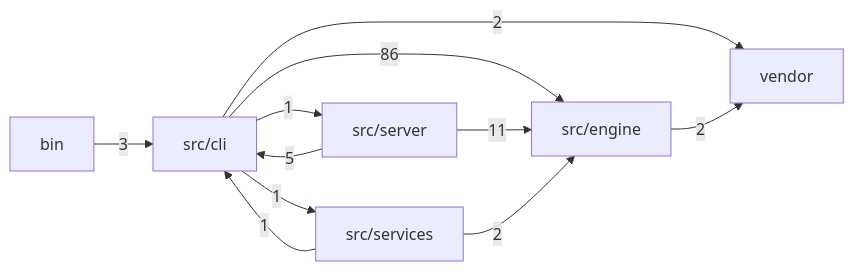
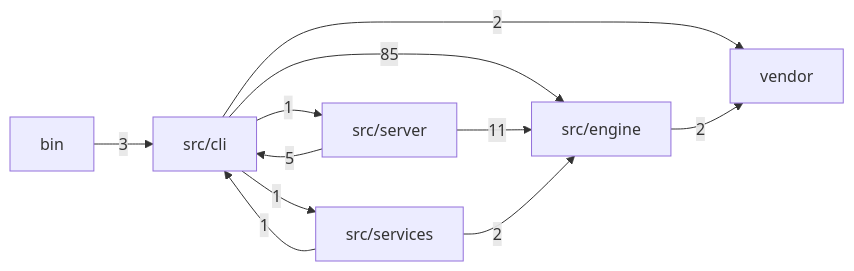
The first of 2 diagrams in docs/MODULES.md (mgillr/memev), drawn with Mermaid before and after one commit. The commit also changed other lines of this file and 4 other files, not shown here.

````diff
--- a/docs/MODULES.md
+++ b/docs/MODULES.md
@@ -11,19 +11,19 @@
 ```mermaid
 flowchart LR
   bin["bin"]
   cli["src/cli"]
   engine["src/engine"]
   server["src/server"]
   services["src/services"]
   vendor["vendor"]
   bin -->|"3"| cli
-  cli -->|"86"| engine
+  cli -->|"85"| engine
   cli -->|"1"| server
   cli -->|"1"| services
   cli -->|"2"| vendor
   engine -->|"2"| vendor
   server -->|"5"| cli
   server -->|"11"| engine
   services -->|"1"| cli
   services -->|"2"| engine
 ```
````
